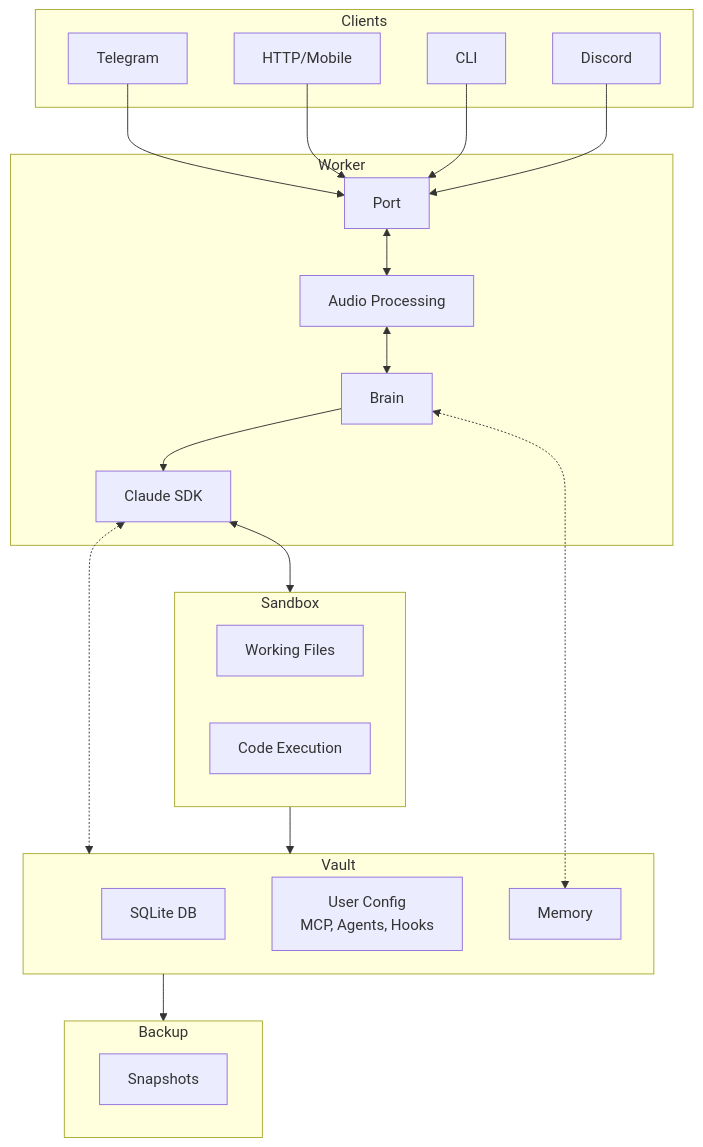
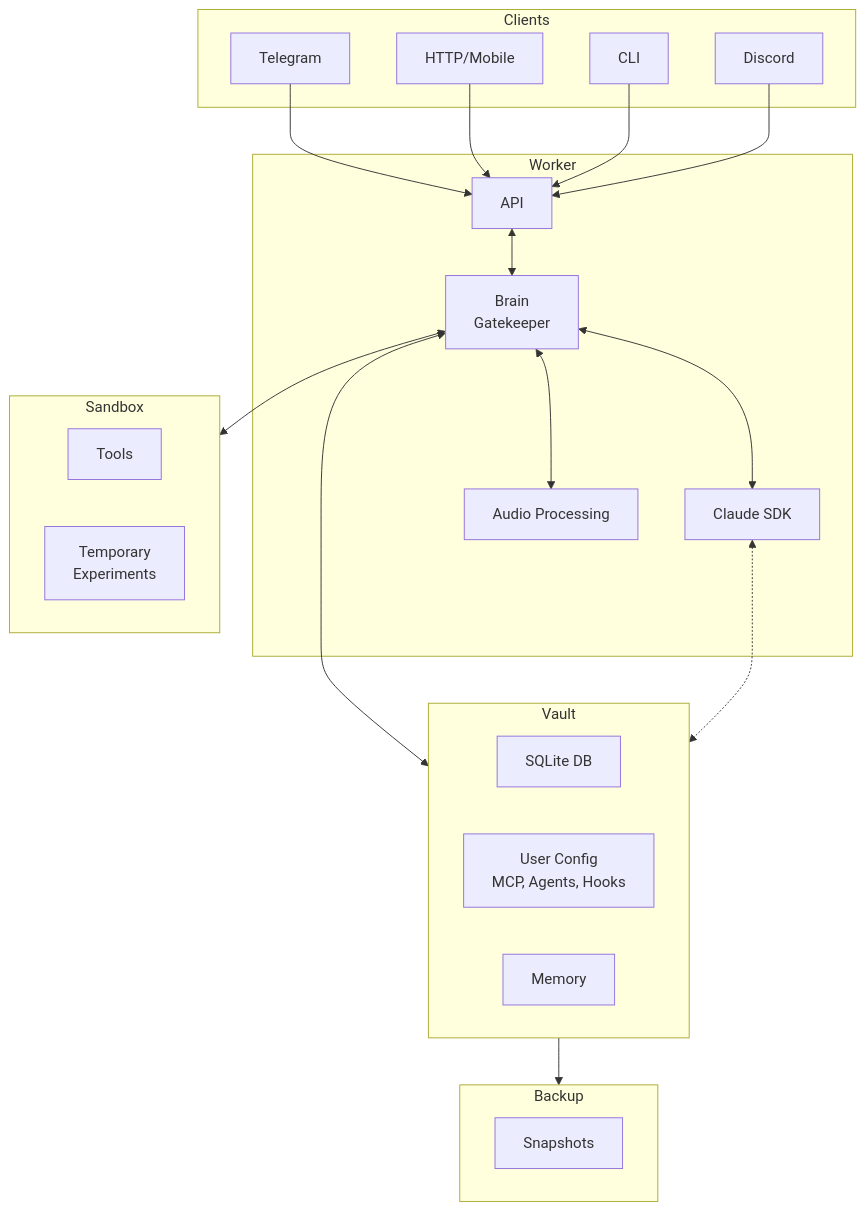
The diagram in docs/single-instance-architecture.mmd (KoroMind/KoroMind), drawn with Mermaid before and after one commit. The commit also changed 1 other file, not shown here.

Commit message:
Fix architecture diagram arrow directions
- Make Brain connections bidirectional (Brain <--> Voice, SDK, Vault, Sandbox)
- Fix Backup direction: Vault --> Backup (data flows to backup, not from)

```diff
--- a/docs/single-instance-architecture.mmd
+++ b/docs/single-instance-architecture.mmd
@@ -1,44 +1,43 @@
 graph TD
     subgraph Clients[Clients]
         TG[Telegram]
         HTTP[HTTP/Mobile]
         CLI[CLI]
         DISC[Discord]
     end
 
     subgraph Worker[Worker]
-        PORT[Port]
-        BRAIN[Brain]
+        BRAIN[Brain <br> Gatekeeper]
         SDK[Claude SDK]
         VOICE[Audio Processing]
 
-        PORT <--> VOICE
-        VOICE <--> BRAIN
-        BRAIN --> SDK
+        BRAIN <--> VOICE
+        API <--> BRAIN
+
+        BRAIN <--> SDK
     end
 
     subgraph Vault[Vault]
         STATE[SQLite DB]
         CONFIG[User Config<br/>MCP, Agents, Hooks]
         MEMORY[Memory]
     end
 
-    subgraph Sandbox[Sandbox]
-        FILES[Working Files]
-        EXEC[Code Execution]
-    end
-
     subgraph Backup[Backup]
         SNAP[Snapshots]
     end
 
-    TG --> PORT
-    HTTP --> PORT
-    CLI --> PORT
-    DISC --> PORT
+    subgraph Sandbox[Sandbox]
+        TOOLS[Tools]
+        TMP[Temporary <br> Experiments]
+    end
 
-    BRAIN <-.-> MEMORY
-    SDK <--> Sandbox
+    TG --> API
+    HTTP --> API
+    CLI --> API
+    DISC --> API
+
+    BRAIN <--> Vault
+    BRAIN <--> Sandbox
     SDK <-.-> Vault
-    Sandbox --> Vault
     Vault --> Backup
```
